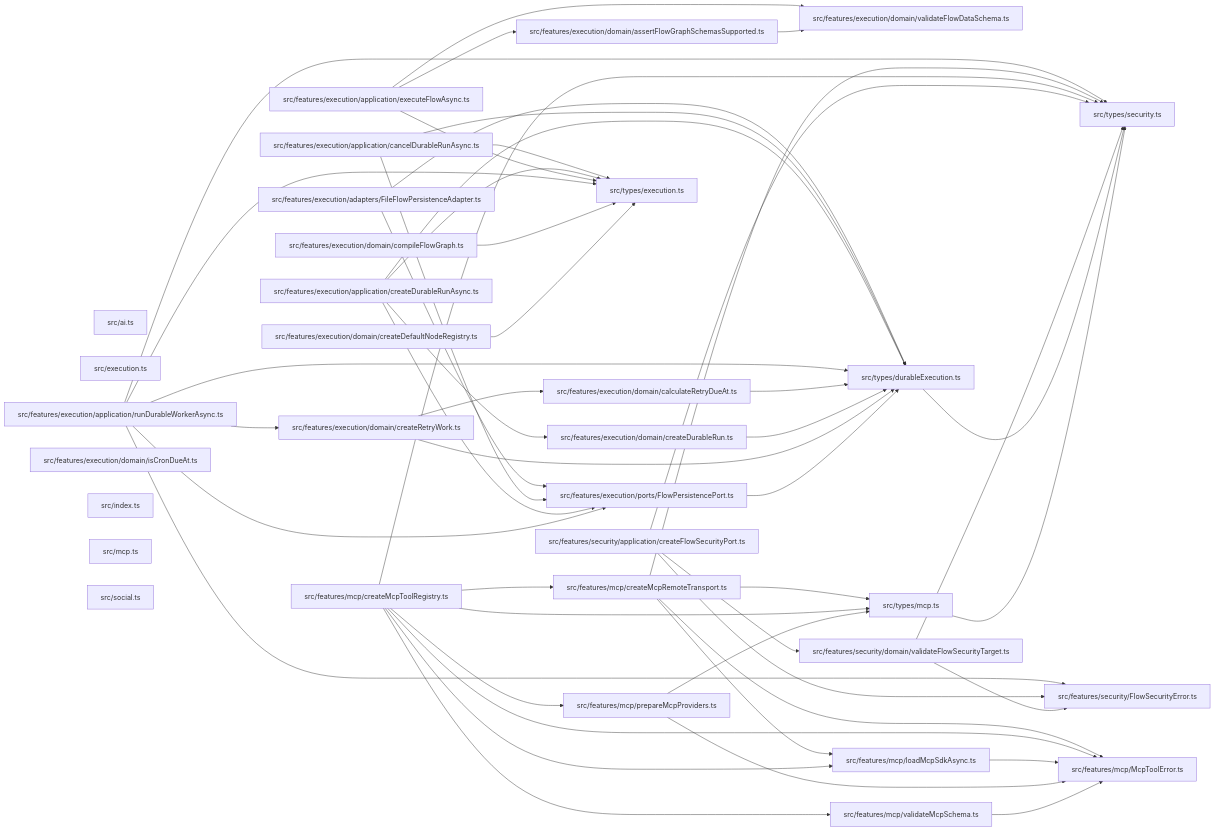
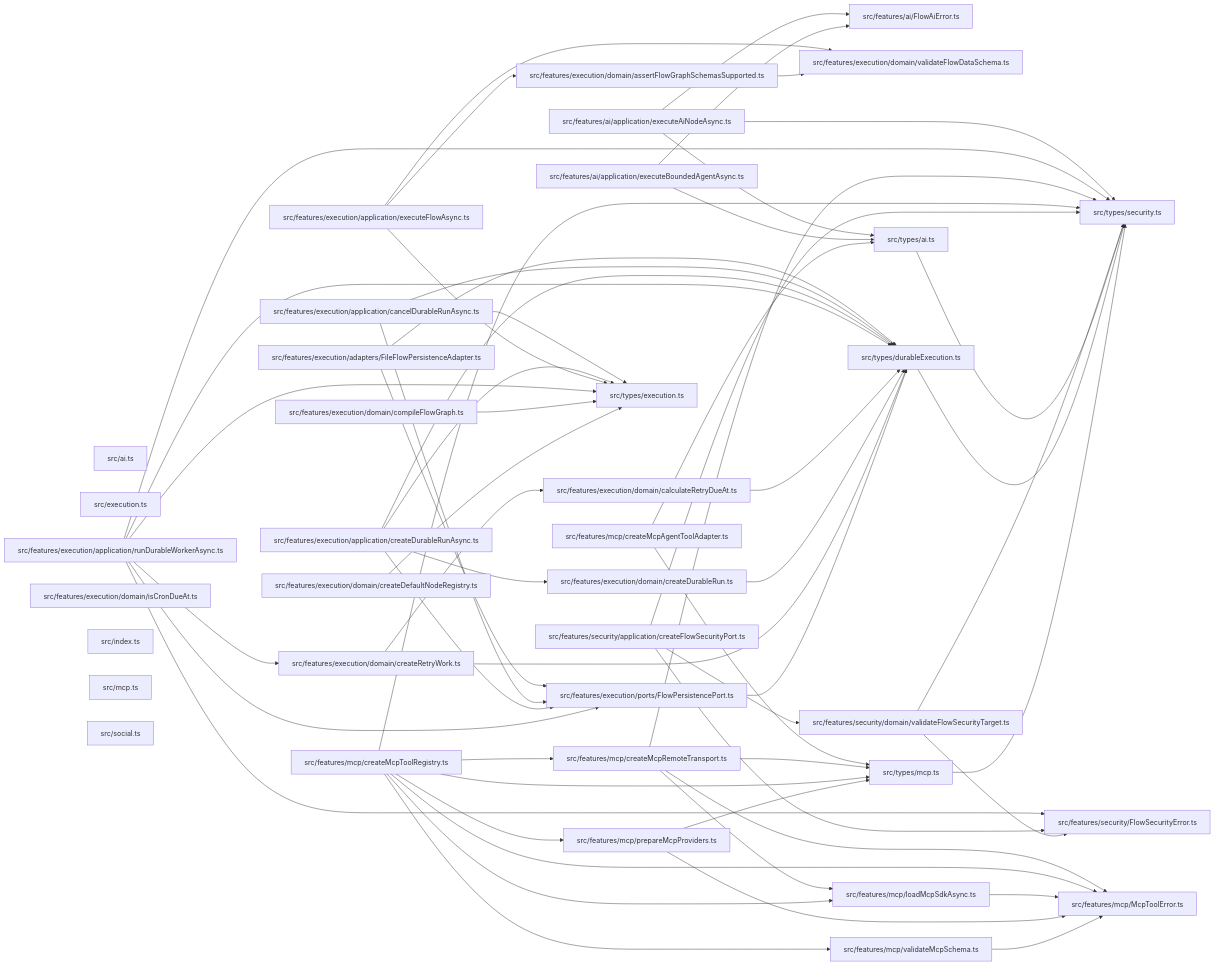
The diagram in paradox/diagrams/module-relationships.mmd (ankhorage/flow), drawn with Mermaid before and after one commit. The commit also changed 9 other files, not shown here.

```diff
--- a/paradox/diagrams/module-relationships.mmd
+++ b/paradox/diagrams/module-relationships.mmd
@@ -1,81 +1,94 @@
 graph LR
   module_src_ai_ts["src/ai.ts"]
   module_src_execution_ts["src/execution.ts"]
+  module_src_features_ai_application_executeAiNodeAsync_ts["src/features/ai/application/executeAiNodeAsync.ts"]
+  module_src_features_ai_application_executeBoundedAgentAsync_ts["src/features/ai/application/executeBoundedAgentAsync.ts"]
+  module_src_features_ai_FlowAiError_ts["src/features/ai/FlowAiError.ts"]
   module_src_features_execution_adapters_FileFlowPersistenceAdapter_ts["src/features/execution/adapters/FileFlowPersistenceAdapter.ts"]
   module_src_features_execution_application_cancelDurableRunAsync_ts["src/features/execution/application/cancelDurableRunAsync.ts"]
   module_src_features_execution_application_createDurableRunAsync_ts["src/features/execution/application/createDurableRunAsync.ts"]
   module_src_features_execution_application_executeFlowAsync_ts["src/features/execution/application/executeFlowAsync.ts"]
   module_src_features_execution_application_runDurableWorkerAsync_ts["src/features/execution/application/runDurableWorkerAsync.ts"]
   module_src_features_execution_domain_assertFlowGraphSchemasSupported_ts["src/features/execution/domain/assertFlowGraphSchemasSupported.ts"]
   module_src_features_execution_domain_calculateRetryDueAt_ts["src/features/execution/domain/calculateRetryDueAt.ts"]
   module_src_features_execution_domain_compileFlowGraph_ts["src/features/execution/domain/compileFlowGraph.ts"]
   module_src_features_execution_domain_createDefaultNodeRegistry_ts["src/features/execution/domain/createDefaultNodeRegistry.ts"]
   module_src_features_execution_domain_createDurableRun_ts["src/features/execution/domain/createDurableRun.ts"]
   module_src_features_execution_domain_createRetryWork_ts["src/features/execution/domain/createRetryWork.ts"]
   module_src_features_execution_domain_isCronDueAt_ts["src/features/execution/domain/isCronDueAt.ts"]
   module_src_features_execution_domain_validateFlowDataSchema_ts["src/features/execution/domain/validateFlowDataSchema.ts"]
   module_src_features_execution_ports_FlowPersistencePort_ts["src/features/execution/ports/FlowPersistencePort.ts"]
+  module_src_features_mcp_createMcpAgentToolAdapter_ts["src/features/mcp/createMcpAgentToolAdapter.ts"]
   module_src_features_mcp_createMcpRemoteTransport_ts["src/features/mcp/createMcpRemoteTransport.ts"]
   module_src_features_mcp_createMcpToolRegistry_ts["src/features/mcp/createMcpToolRegistry.ts"]
   module_src_features_mcp_loadMcpSdkAsync_ts["src/features/mcp/loadMcpSdkAsync.ts"]
   module_src_features_mcp_McpToolError_ts["src/features/mcp/McpToolError.ts"]
   module_src_features_mcp_prepareMcpProviders_ts["src/features/mcp/prepareMcpProviders.ts"]
   module_src_features_mcp_validateMcpSchema_ts["src/features/mcp/validateMcpSchema.ts"]
   module_src_features_security_application_createFlowSecurityPort_ts["src/features/security/application/createFlowSecurityPort.ts"]
   module_src_features_security_domain_validateFlowSecurityTarget_ts["src/features/security/domain/validateFlowSecurityTarget.ts"]
   module_src_features_security_FlowSecurityError_ts["src/features/security/FlowSecurityError.ts"]
   module_src_index_ts["src/index.ts"]
   module_src_mcp_ts["src/mcp.ts"]
   module_src_social_ts["src/social.ts"]
+  module_src_types_ai_ts["src/types/ai.ts"]
   module_src_types_durableExecution_ts["src/types/durableExecution.ts"]
   module_src_types_execution_ts["src/types/execution.ts"]
   module_src_types_mcp_ts["src/types/mcp.ts"]
   module_src_types_security_ts["src/types/security.ts"]
+  module_src_features_ai_application_executeAiNodeAsync_ts --> module_src_features_ai_FlowAiError_ts
+  module_src_features_ai_application_executeAiNodeAsync_ts --> module_src_types_ai_ts
+  module_src_features_ai_application_executeAiNodeAsync_ts --> module_src_types_security_ts
+  module_src_features_ai_application_executeBoundedAgentAsync_ts --> module_src_features_ai_FlowAiError_ts
+  module_src_features_ai_application_executeBoundedAgentAsync_ts --> module_src_types_ai_ts
   module_src_features_execution_adapters_FileFlowPersistenceAdapter_ts --> module_src_features_execution_ports_FlowPersistencePort_ts
   module_src_features_execution_adapters_FileFlowPersistenceAdapter_ts --> module_src_types_durableExecution_ts
   module_src_features_execution_application_cancelDurableRunAsync_ts --> module_src_features_execution_ports_FlowPersistencePort_ts
   module_src_features_execution_application_cancelDurableRunAsync_ts --> module_src_types_durableExecution_ts
   module_src_features_execution_application_cancelDurableRunAsync_ts --> module_src_types_execution_ts
   module_src_features_execution_application_createDurableRunAsync_ts --> module_src_features_execution_domain_createDurableRun_ts
   module_src_features_execution_application_createDurableRunAsync_ts --> module_src_features_execution_ports_FlowPersistencePort_ts
   module_src_features_execution_application_createDurableRunAsync_ts --> module_src_types_durableExecution_ts
   module_src_features_execution_application_createDurableRunAsync_ts --> module_src_types_execution_ts
   module_src_features_execution_application_executeFlowAsync_ts --> module_src_features_execution_domain_assertFlowGraphSchemasSupported_ts
   module_src_features_execution_application_executeFlowAsync_ts --> module_src_features_execution_domain_validateFlowDataSchema_ts
   module_src_features_execution_application_executeFlowAsync_ts --> module_src_types_execution_ts
   module_src_features_execution_application_runDurableWorkerAsync_ts --> module_src_features_execution_domain_createRetryWork_ts
   module_src_features_execution_application_runDurableWorkerAsync_ts --> module_src_features_execution_ports_FlowPersistencePort_ts
   module_src_features_execution_application_runDurableWorkerAsync_ts --> module_src_features_security_FlowSecurityError_ts
   module_src_features_execution_application_runDurableWorkerAsync_ts --> module_src_types_durableExecution_ts
   module_src_features_execution_application_runDurableWorkerAsync_ts --> module_src_types_execution_ts
   module_src_features_execution_application_runDurableWorkerAsync_ts --> module_src_types_security_ts
   module_src_features_execution_domain_assertFlowGraphSchemasSupported_ts --> module_src_features_execution_domain_validateFlowDataSchema_ts
   module_src_features_execution_domain_calculateRetryDueAt_ts --> module_src_types_durableExecution_ts
   module_src_features_execution_domain_compileFlowGraph_ts --> module_src_types_execution_ts
   module_src_features_execution_domain_createDefaultNodeRegistry_ts --> module_src_types_execution_ts
   module_src_features_execution_domain_createDurableRun_ts --> module_src_types_durableExecution_ts
   module_src_features_execution_domain_createRetryWork_ts --> module_src_features_execution_domain_calculateRetryDueAt_ts
   module_src_features_execution_domain_createRetryWork_ts --> module_src_types_durableExecution_ts
   module_src_features_execution_ports_FlowPersistencePort_ts --> module_src_types_durableExecution_ts
+  module_src_features_mcp_createMcpAgentToolAdapter_ts --> module_src_types_ai_ts
+  module_src_features_mcp_createMcpAgentToolAdapter_ts --> module_src_types_mcp_ts
   module_src_features_mcp_createMcpRemoteTransport_ts --> module_src_features_mcp_loadMcpSdkAsync_ts
   module_src_features_mcp_createMcpRemoteTransport_ts --> module_src_features_mcp_McpToolError_ts
   module_src_features_mcp_createMcpRemoteTransport_ts --> module_src_types_mcp_ts
   module_src_features_mcp_createMcpRemoteTransport_ts --> module_src_types_security_ts
   module_src_features_mcp_createMcpToolRegistry_ts --> module_src_features_mcp_createMcpRemoteTransport_ts
   module_src_features_mcp_createMcpToolRegistry_ts --> module_src_features_mcp_loadMcpSdkAsync_ts
   module_src_features_mcp_createMcpToolRegistry_ts --> module_src_features_mcp_McpToolError_ts
   module_src_features_mcp_createMcpToolRegistry_ts --> module_src_features_mcp_prepareMcpProviders_ts
   module_src_features_mcp_createMcpToolRegistry_ts --> module_src_features_mcp_validateMcpSchema_ts
   module_src_features_mcp_createMcpToolRegistry_ts --> module_src_types_mcp_ts
   module_src_features_mcp_createMcpToolRegistry_ts --> module_src_types_security_ts
   module_src_features_mcp_loadMcpSdkAsync_ts --> module_src_features_mcp_McpToolError_ts
   module_src_features_mcp_prepareMcpProviders_ts --> module_src_features_mcp_McpToolError_ts
   module_src_features_mcp_prepareMcpProviders_ts --> module_src_types_mcp_ts
   module_src_features_mcp_validateMcpSchema_ts --> module_src_features_mcp_McpToolError_ts
   module_src_features_security_application_createFlowSecurityPort_ts --> module_src_features_security_domain_validateFlowSecurityTarget_ts
   module_src_features_security_application_createFlowSecurityPort_ts --> module_src_features_security_FlowSecurityError_ts
   module_src_features_security_application_createFlowSecurityPort_ts --> module_src_types_security_ts
   module_src_features_security_domain_validateFlowSecurityTarget_ts --> module_src_features_security_FlowSecurityError_ts
   module_src_features_security_domain_validateFlowSecurityTarget_ts --> module_src_types_security_ts
+  module_src_types_ai_ts --> module_src_types_security_ts
   module_src_types_durableExecution_ts --> module_src_types_security_ts
   module_src_types_mcp_ts --> module_src_types_security_ts
```
